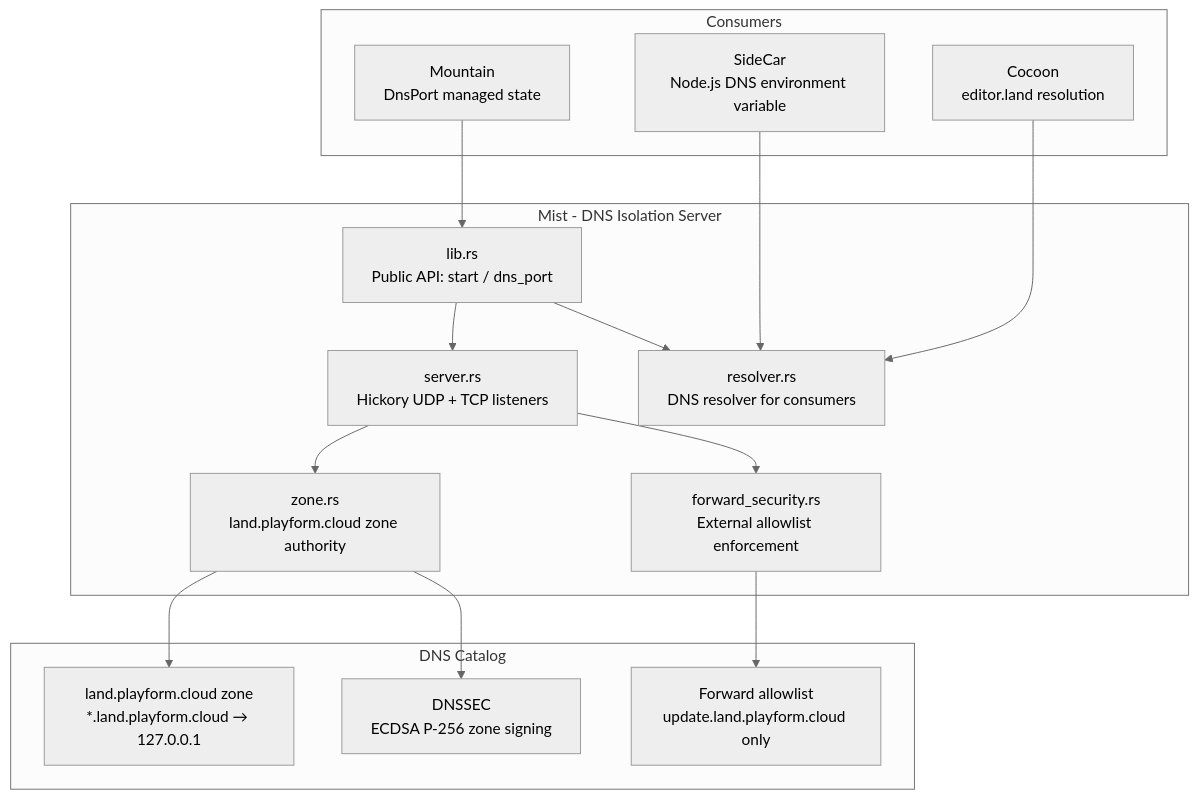
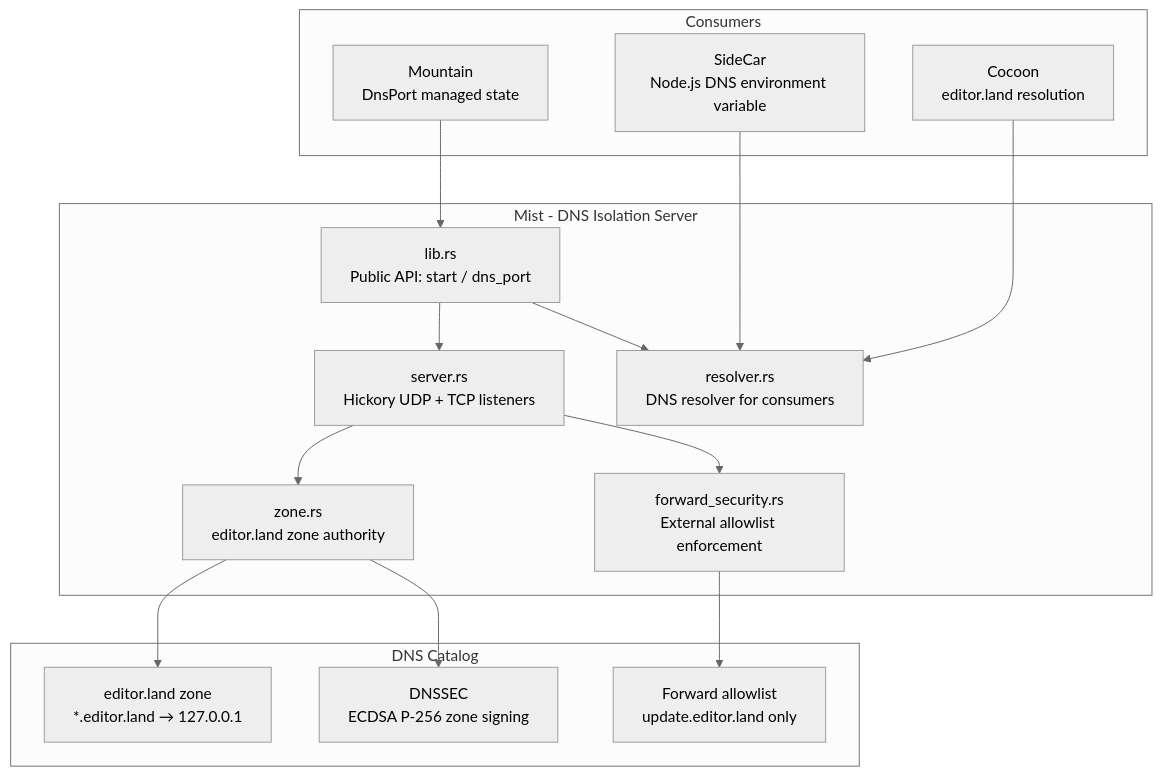
Before and after one commit to CodeEditorLand/Mist: the first of 2 diagrams in Documentation/GitHub/DeepDive.md, drawn with Mermaid (neutral theme). The commit also changed other lines of this file and 8 other files, not shown here.

````diff
--- a/Documentation/GitHub/DeepDive.md
+++ b/Documentation/GitHub/DeepDive.md
@@ -21,33 +21,33 @@
 ```mermaid
 graph TB
     subgraph "Mist - DNS Isolation Server"
         LibRS["lib.rs\nPublic API: start / dns_port"]
         ServerRS["server.rs\nHickory UDP + TCP listeners"]
-        ZoneRS["zone.rs\nland.playform.cloud zone authority"]
+        ZoneRS["zone.rs\neditor.land zone authority"]
         ResolverRS["resolver.rs\nDNS resolver for consumers"]
         ForwardSecurity["forward_security.rs\nExternal allowlist enforcement"]
     end
 
     subgraph "DNS Catalog"
-        AuthZone["land.playform.cloud zone\n*.land.playform.cloud → 127.0.0.1"]
-        ForwardZone["Forward allowlist\nupdate.land.playform.cloud only"]
+        AuthZone["editor.land zone\n*.editor.land → 127.0.0.1"]
+        ForwardZone["Forward allowlist\nupdate.editor.land only"]
         DNSSEC["DNSSEC\nECDSA P-256 zone signing"]
     end
 
     subgraph "Consumers"
         Mountain["Mountain\nDnsPort managed state"]
         SideCar["SideCar\nNode.js DNS environment variable"]
         Cocoon["Cocoon\neditor.land resolution"]
     end
 
     LibRS --> ServerRS
     ServerRS --> ZoneRS
     ServerRS --> ForwardSecurity
     ZoneRS --> AuthZone
     ZoneRS --> DNSSEC
     ForwardSecurity --> ForwardZone
     LibRS --> ResolverRS
     Mountain --> LibRS
     SideCar --> ResolverRS
     Cocoon --> ResolverRS
 ```
````
